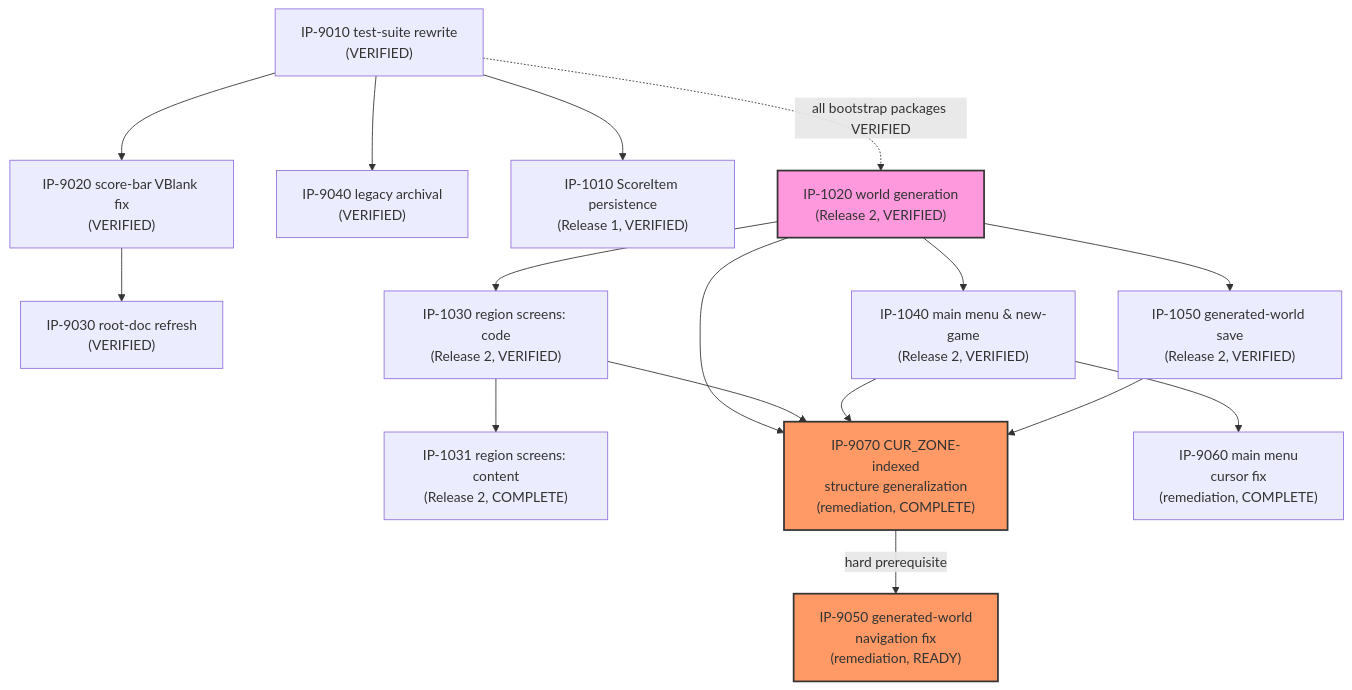
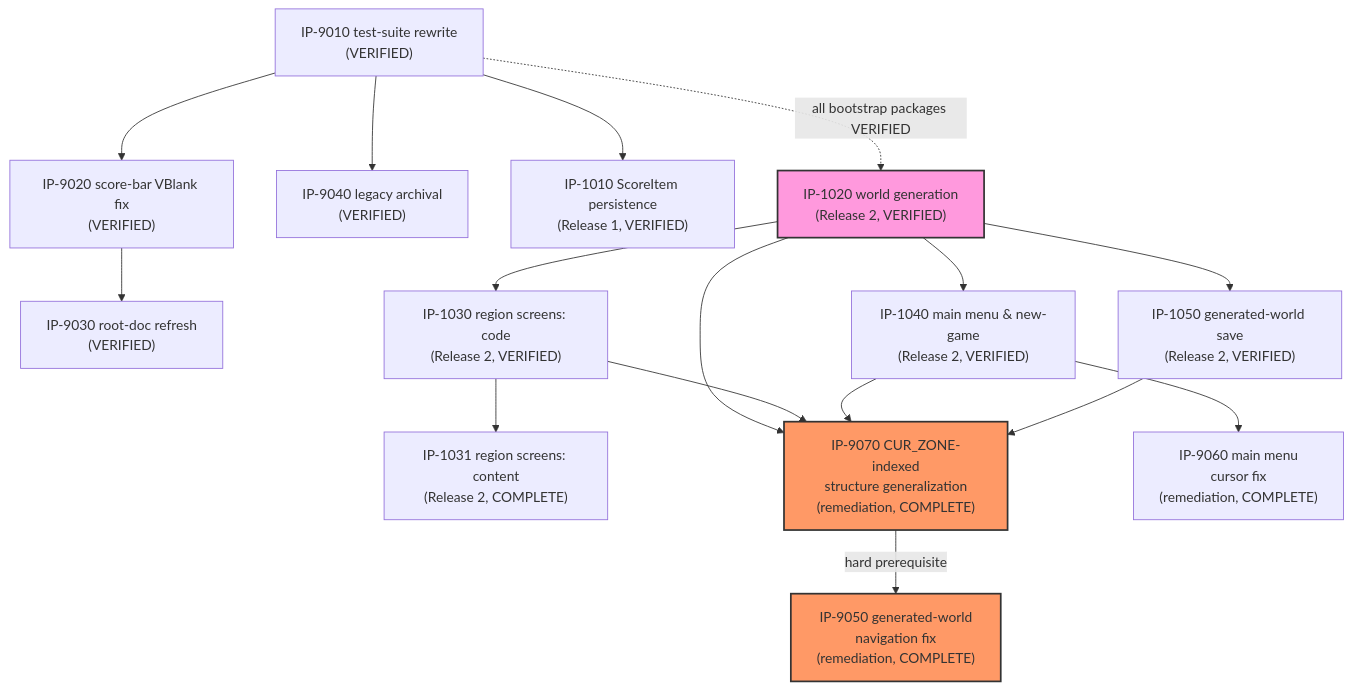
Before and after one commit to Zabin/RsGame: the diagram in docs/implementation/00-master-build-plan.md, drawn with Mermaid. The commit also changed other lines of this file and 10 other files, not shown here.

````diff
--- a/docs/implementation/00-master-build-plan.md
+++ b/docs/implementation/00-master-build-plan.md
@@ -66,38 +66,38 @@
 ```mermaid
 graph TD
     IP9010["IP-9010 test-suite rewrite<br/>(VERIFIED)"]
     IP9020["IP-9020 score-bar VBlank fix<br/>(VERIFIED)"]
     IP9030["IP-9030 root-doc refresh<br/>(VERIFIED)"]
     IP9040["IP-9040 legacy archival<br/>(VERIFIED)"]
     IP1010["IP-1010 ScoreItem persistence<br/>(Release 1, VERIFIED)"]
     IP9010 --> IP9020
     IP9010 --> IP9040
     IP9010 --> IP1010
     IP9020 --> IP9030
 
     IP1020["IP-1020 world generation<br/>(Release 2, VERIFIED)"]
     IP1030["IP-1030 region screens: code<br/>(Release 2, VERIFIED)"]
     IP1031["IP-1031 region screens: content<br/>(Release 2, COMPLETE)"]
     IP1040["IP-1040 main menu & new-game<br/>(Release 2, VERIFIED)"]
     IP1050["IP-1050 generated-world save<br/>(Release 2, VERIFIED)"]
     IP9010 -.all bootstrap packages VERIFIED.-> IP1020
     IP1020 --> IP1030
     IP1030 --> IP1031
     IP1020 --> IP1040
     IP1020 --> IP1050
 
     style IP1020 fill:#f9d,stroke:#333,stroke-width:2px
 
     IP9070["IP-9070 CUR_ZONE-indexed<br/>structure generalization<br/>(remediation, COMPLETE)"]
-    IP9050["IP-9050 generated-world<br/>navigation fix<br/>(remediation, READY)"]
+    IP9050["IP-9050 generated-world<br/>navigation fix<br/>(remediation, COMPLETE)"]
     IP9060["IP-9060 main menu<br/>cursor fix<br/>(remediation, COMPLETE)"]
     IP1020 --> IP9070
     IP1030 --> IP9070
     IP1040 --> IP9070
     IP1050 --> IP9070
     IP9070 -->|hard prerequisite| IP9050
     IP1040 --> IP9060
 
     style IP9070 fill:#f96,stroke:#333,stroke-width:2px
     style IP9050 fill:#f96,stroke:#333,stroke-width:2px
 ```
````
